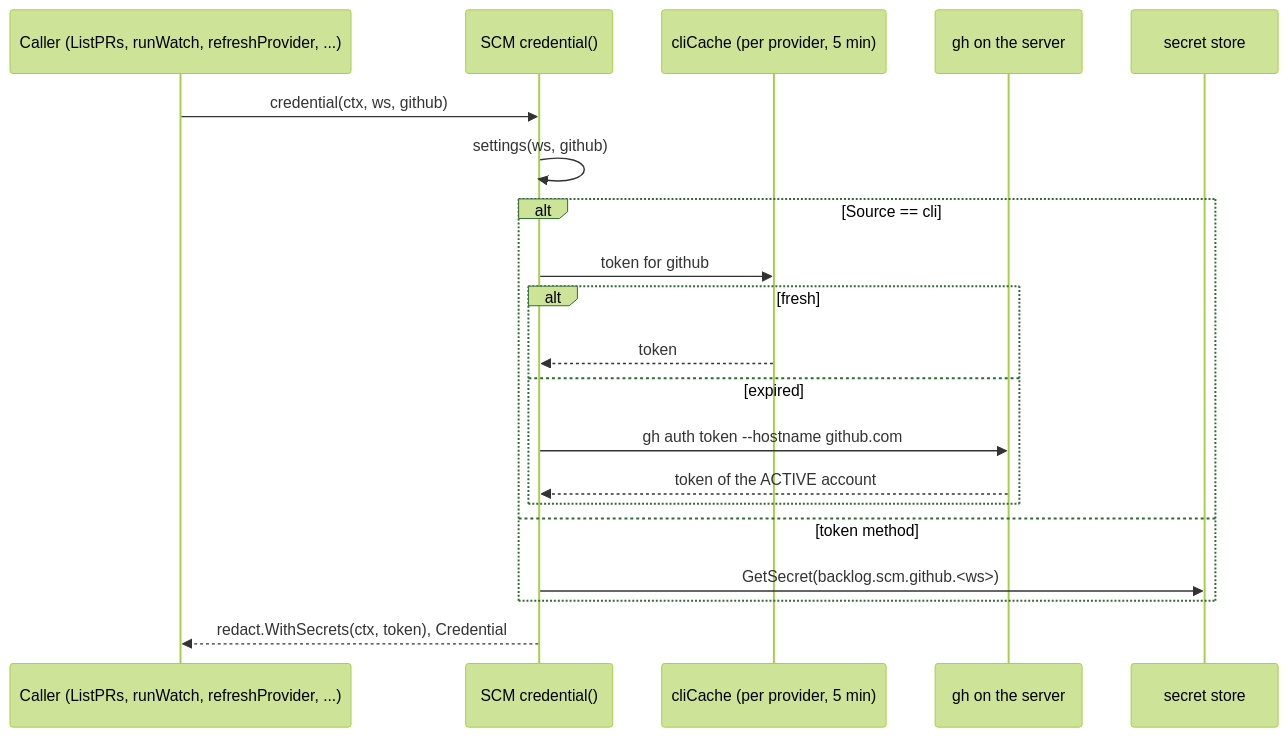
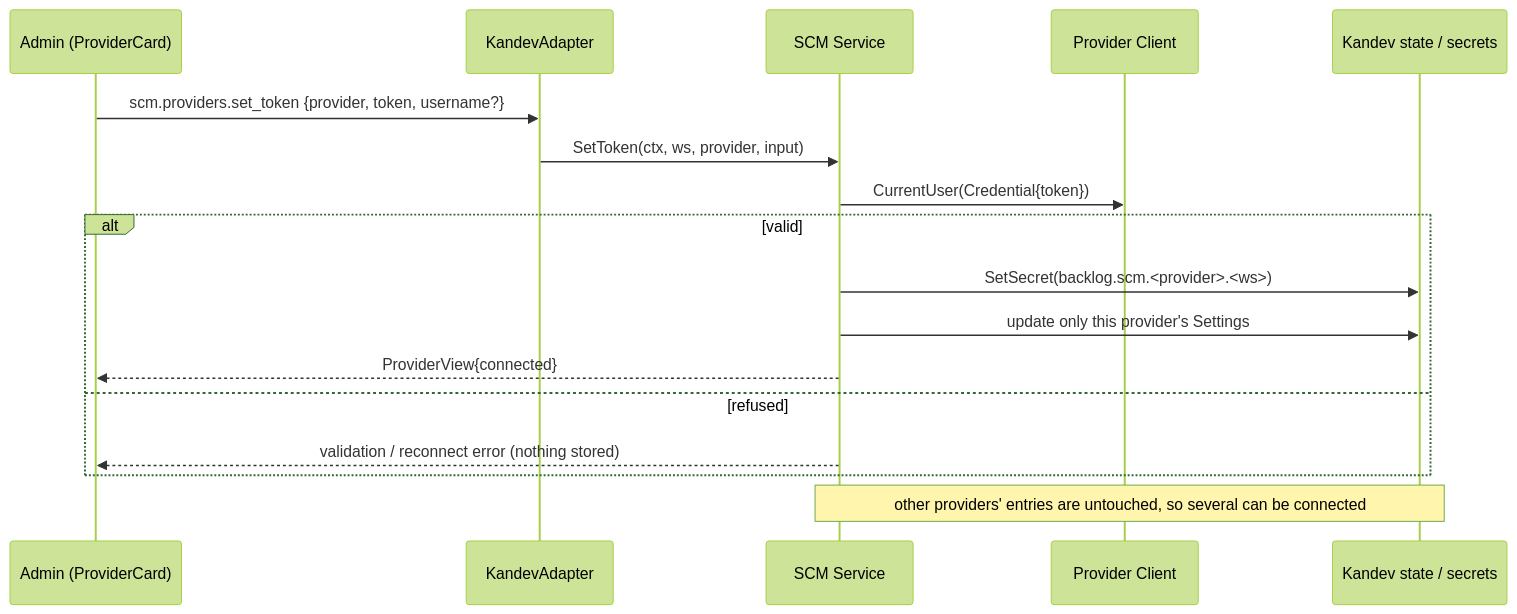
The fourth of 6 diagrams in aidlc/spaces/default/codekb/kandev-plugin-nulab-backlog/architecture.md (khuongdo/kandev-plugin-nulab-backlog), drawn with Mermaid (forest theme) before and after one commit. The commit also changed other lines of this file and 69 other files, not shown here.

First line of the commit message:
Use one source control service per workspace on the Source control settings page (#26)

````diff
--- a/aidlc/spaces/default/codekb/kandev-plugin-nulab-backlog/architecture.md
+++ b/aidlc/spaces/default/codekb/kandev-plugin-nulab-backlog/architecture.md
@@ -133,22 +131,19 @@
 ```mermaid
 sequenceDiagram
-  participant C as Caller (ListPRs, runWatch, refreshProvider, ...)
-  participant S as SCM credential()
-  participant CC as cliCache (per provider, 5 min)
-  participant X as gh on the server
-  participant SS as secret store
-  C->>S: credential(ctx, ws, github)
-  S->>S: settings(ws, github)
-  alt Source == cli
-    S->>CC: token for github
-    alt fresh
-      CC-->>S: token
-    else expired
-      S->>X: gh auth token --hostname github.com
-      X-->>S: token of the ACTIVE account
-    end
-  else token method
-    S->>SS: GetSecret(backlog.scm.github.<ws>)
+  participant U as Admin (ProviderCard)
+  participant A as KandevAdapter
+  participant S as SCM Service
+  participant C as Provider Client
+  participant ST as Kandev state / secrets
+  U->>A: scm.providers.set_token {provider, token, username?}
+  A->>S: SetToken(ctx, ws, provider, input)
+  S->>C: CurrentUser(Credential{token})
+  alt valid
+    S->>ST: SetSecret(backlog.scm.<provider>.<ws>)
+    S->>ST: update only this provider's Settings
+    S-->>U: ProviderView{connected}
+  else refused
+    S-->>U: validation / reconnect error (nothing stored)
   end
-  S-->>C: redact.WithSecrets(ctx, token), Credential
+  Note over S,ST: other providers' entries are untouched, so several can be connected
 ```
````
